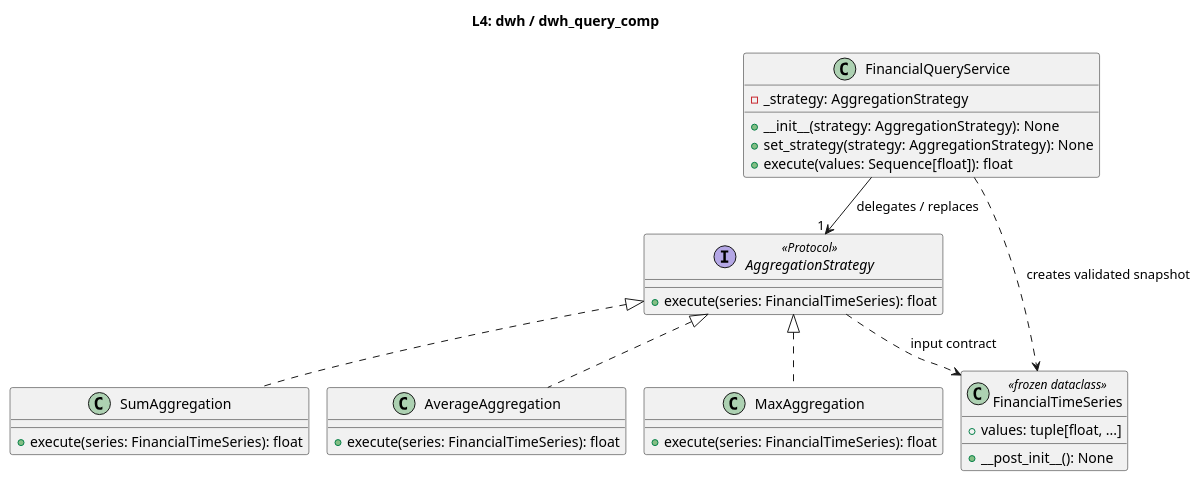
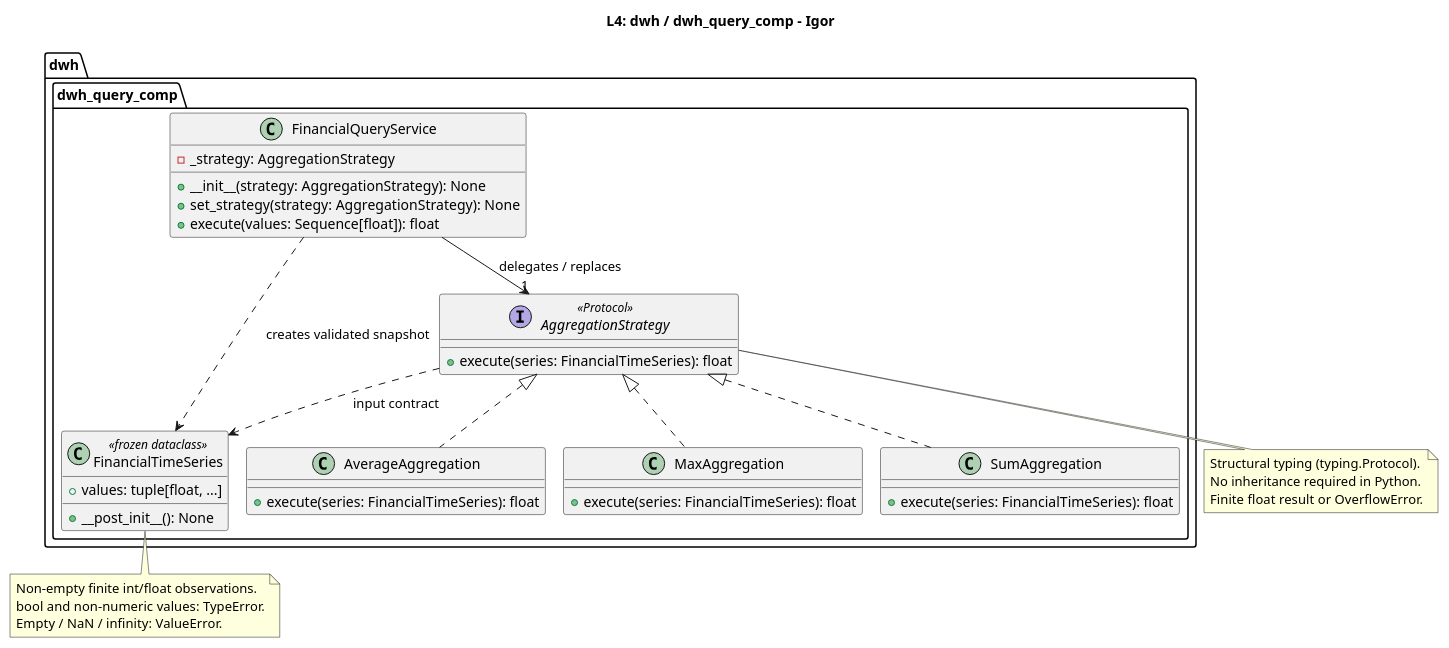
The diagram in src/l4-code/igor-aggregation/aggregation-classes.puml (Jjots/finance-forecast-app), drawn with PlantUML before and after one commit. The commit also changed 11 other files, not shown here.

```diff
--- a/src/l4-code/igor-aggregation/aggregation-classes.puml
+++ b/src/l4-code/igor-aggregation/aggregation-classes.puml
@@ -1,34 +1,47 @@
 @startuml
 !pragma layout smetana
-title L4: dwh / dwh_query_comp
+title L4: dwh / dwh_query_comp - Igor
 
-interface AggregationStrategy <<Protocol>> {
-  +execute(series: FinancialTimeSeries): float
+package "dwh" {
+  package "dwh_query_comp" {
+    interface AggregationStrategy <<Protocol>> {
+      +execute(series: FinancialTimeSeries): float
+    }
+    class FinancialQueryService {
+      -_strategy: AggregationStrategy
+      +__init__(strategy: AggregationStrategy): None
+      +set_strategy(strategy: AggregationStrategy): None
+      +execute(values: Sequence[float]): float
+    }
+    class FinancialTimeSeries <<frozen dataclass>> {
+      +values: tuple[float, ...]
+      +__post_init__(): None
+    }
+    class SumAggregation {
+      +execute(series: FinancialTimeSeries): float
+    }
+    class AverageAggregation {
+      +execute(series: FinancialTimeSeries): float
+    }
+    class MaxAggregation {
+      +execute(series: FinancialTimeSeries): float
+    }
+    AggregationStrategy <|.. SumAggregation
+    AggregationStrategy <|.. AverageAggregation
+    AggregationStrategy <|.. MaxAggregation
+    FinancialQueryService --> "1" AggregationStrategy : delegates / replaces
+    FinancialQueryService ..> FinancialTimeSeries : creates validated snapshot
+    AggregationStrategy ..> FinancialTimeSeries : input contract
+  }
 }
-class FinancialQueryService {
-  -_strategy: AggregationStrategy
-  +__init__(strategy: AggregationStrategy): None
-  +set_strategy(strategy: AggregationStrategy): None
-  +execute(values: Sequence[float]): float
-}
-class FinancialTimeSeries <<frozen dataclass>> {
-  +values: tuple[float, ...]
-  +__post_init__(): None
-}
-class SumAggregation {
-  +execute(series: FinancialTimeSeries): float
-}
-class AverageAggregation {
-  +execute(series: FinancialTimeSeries): float
-}
-class MaxAggregation {
-  +execute(series: FinancialTimeSeries): float
-}
-AggregationStrategy <|.. SumAggregation
-AggregationStrategy <|.. AverageAggregation
-AggregationStrategy <|.. MaxAggregation
-FinancialQueryService --> "1" AggregationStrategy : delegates / replaces
-FinancialQueryService ..> FinancialTimeSeries : creates validated snapshot
-AggregationStrategy ..> FinancialTimeSeries : input contract
-
+note bottom of FinancialTimeSeries
+  Non-empty finite int/float observations.
+  bool and non-numeric values: TypeError.
+  Empty / NaN / infinity: ValueError.
+end note
+note bottom of AggregationStrategy
+  Structural typing (typing.Protocol).
+  No inheritance required in Python.
+  Finite float result or OverflowError.
+end note
 @enduml
```
